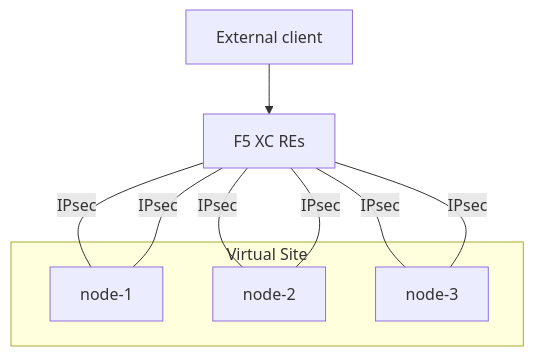
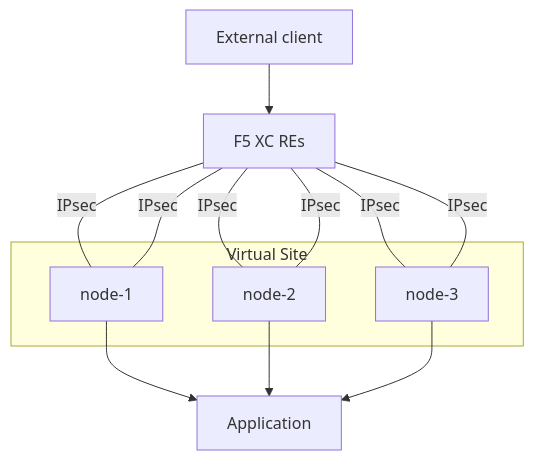
One commit to pavbjj/f5-xc-smsv2-azure changed the third of 4 diagrams in README.md. Above: the diagram before and after it, drawn with Mermaid.

````diff
--- a/README.md
+++ b/README.md
@@ -95,24 +95,27 @@
 ```mermaid
 flowchart TD
   client["External client"]
   cloud["F5 XC REs"]
-
+  app["Application"]
   subgraph "Virtual Site"
     node1["node-1"]
     node2["node-2"]
     node3["node-3"]
   end
 
   %% External client to F5 XC
   client --> cloud
 
   %% Two IPsec tunnels per node
   cloud ---|IPsec| node1
   cloud ---|IPsec| node1
 
   cloud ---|IPsec| node2
   cloud ---|IPsec| node2
 
   cloud ---|IPsec| node3
   cloud ---|IPsec| node3
+  node1 --> app
+  node2 --> app
+  node3 --> app
 ```
````
